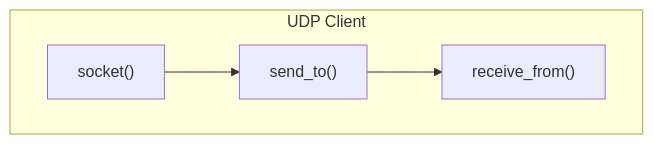
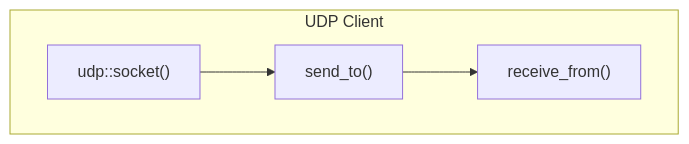
Before and after one commit to gameguild-gg/gameguild: the fifth of 7 diagrams in apps/web/src/data/courses/networking/03-udp/01-reveal.md, drawn with Mermaid. The commit also changed other lines of this file and 4 other files, not shown here.

````diff
--- a/apps/web/src/data/courses/networking/03-udp/01-reveal.md
+++ b/apps/web/src/data/courses/networking/03-udp/01-reveal.md
@@ -257,7 +257,7 @@
 ```mermaid
 graph TD
     subgraph Client["UDP Client"]
-        C1["socket()"] --> C2["send_to()"]
+        C1["udp::socket()"] --> C2["send_to()"]
         C2 --> C3["receive_from()"]
     end
 ```
````
